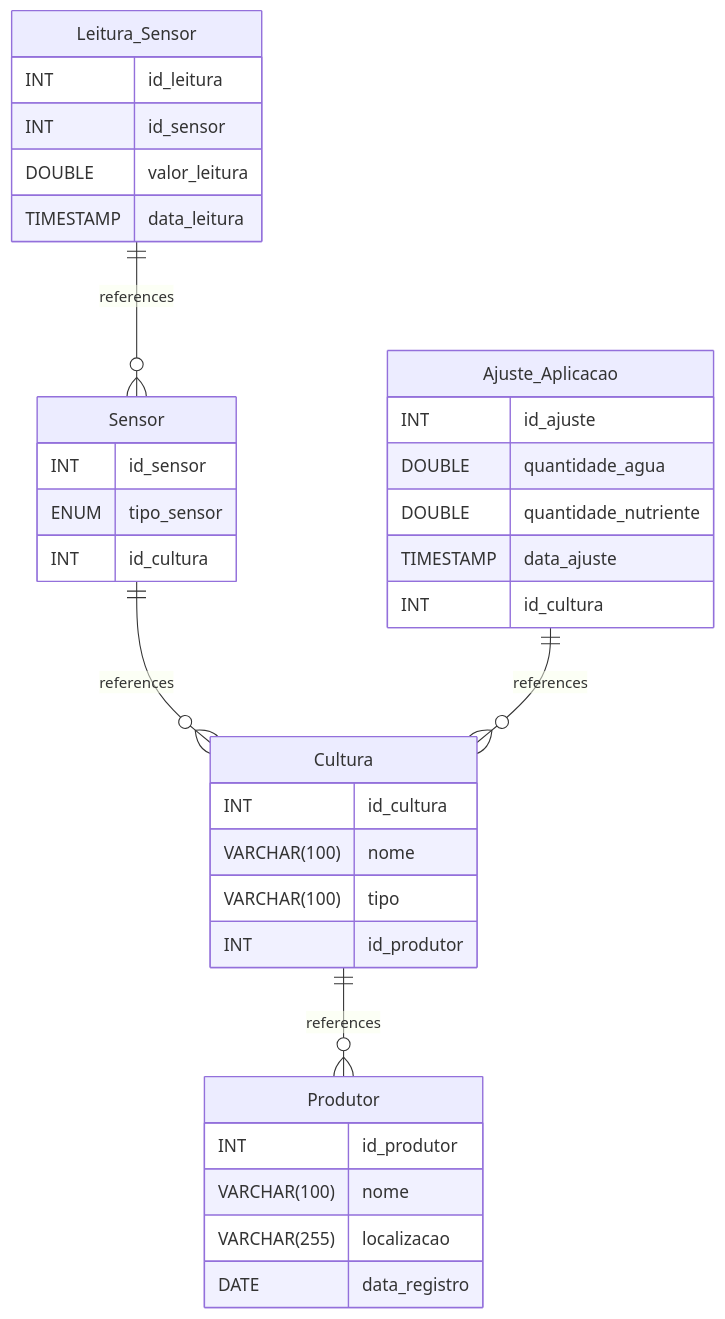
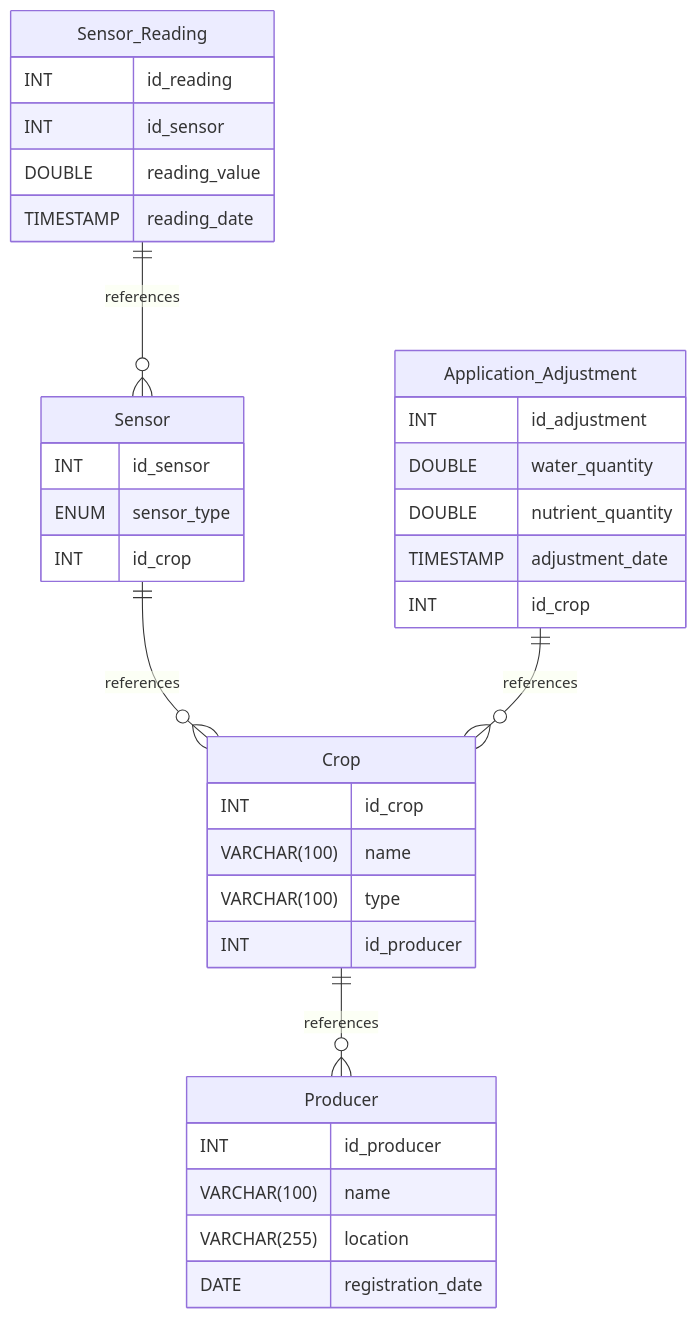
Before and after one commit to luisfuturist/activity-fiap-ai-p2a1: the diagram in README.md, drawn with Mermaid. The commit also changed other lines of this file and 4 other files, not shown here.

````diff
--- a/README.md
+++ b/README.md
@@ -96,42 +96,42 @@
 ```mermaid
 erDiagram
-    Cultura ||--o{ Produtor : references
-    Sensor ||--o{ Cultura : references
-    Leitura_Sensor ||--o{ Sensor : references
-    Ajuste_Aplicacao ||--o{ Cultura : references
+	Crop ||--o{ Producer : references
+	Sensor ||--o{ Crop : references
+	Sensor_Reading ||--o{ Sensor : references
+	Application_Adjustment ||--o{ Crop : references
 
-    Produtor {
-        INT id_produtor
-        VARCHAR(100) nome
-        VARCHAR(255) localizacao
-        DATE data_registro
-    }
+	Producer {
+		INT id_producer
+		VARCHAR(100) name
+		VARCHAR(255) location
+		DATE registration_date
+	}
 
-    Cultura {
-        INT id_cultura
-        VARCHAR(100) nome
-        VARCHAR(100) tipo
-        INT id_produtor
-    }
+	Crop {
+		INT id_crop
+		VARCHAR(100) name
+		VARCHAR(100) type
+		INT id_producer
+	}
 
-    Sensor {
-        INT id_sensor
-        ENUM tipo_sensor
-        INT id_cultura
-    }
+	Sensor {
+		INT id_sensor
+		ENUM sensor_type
+		INT id_crop
+	}
 
-    Leitura_Sensor {
-        INT id_leitura
-        INT id_sensor
-        DOUBLE valor_leitura
-        TIMESTAMP data_leitura
-    }
+	Sensor_Reading {
+		INT id_reading
+		INT id_sensor
+		DOUBLE reading_value
+		TIMESTAMP reading_date
+	}
 
-    Ajuste_Aplicacao {
-        INT id_ajuste
-        DOUBLE quantidade_agua
-        DOUBLE quantidade_nutriente
-        TIMESTAMP data_ajuste
-        INT id_cultura
-    }
+	Application_Adjustment {
+		INT id_adjustment
+		DOUBLE water_quantity
+		DOUBLE nutrient_quantity
+		TIMESTAMP adjustment_date
+		INT id_crop
+	}
 ```
````
